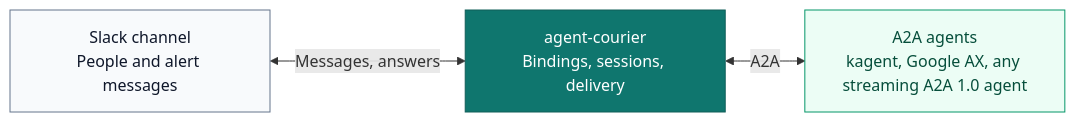
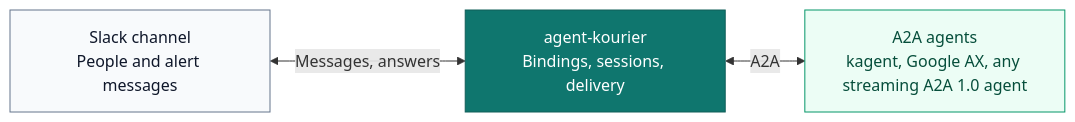
One commit to agentkourier/agent-kourier changed the diagram in README.md. Above: the diagram before and after it, drawn with Mermaid. The commit also changed other lines of this file and 590 other files, not shown here.

First line of the commit message:
refactor: rename the project to Agent Kourier

````diff
--- a/README.md
+++ b/README.md
@@ -60,16 +60,16 @@
 ```mermaid
 flowchart LR
     Slack["Slack channel<br/>People and alert messages"]
-    Courier["agent-courier<br/>Bindings, sessions, delivery"]
+    AgentKourier["agent-kourier<br/>Bindings, sessions, delivery"]
     Agents["A2A agents<br/>kagent, Google AX, any streaming A2A 1.0 agent"]
 
-    Slack <-->|Messages, answers| Courier
-    Courier <-->|A2A| Agents
+    Slack <-->|Messages, answers| AgentKourier
+    AgentKourier <-->|A2A| Agents
 
     classDef human fill:#f8fafc,stroke:#64748b,color:#0f172a
     classDef broker fill:#0f766e,stroke:#115e59,color:#ffffff
     classDef runtime fill:#ecfdf5,stroke:#059669,color:#064e3b
     class Slack human
-    class Courier broker
+    class AgentKourier broker
     class Agents runtime
 ```
````
